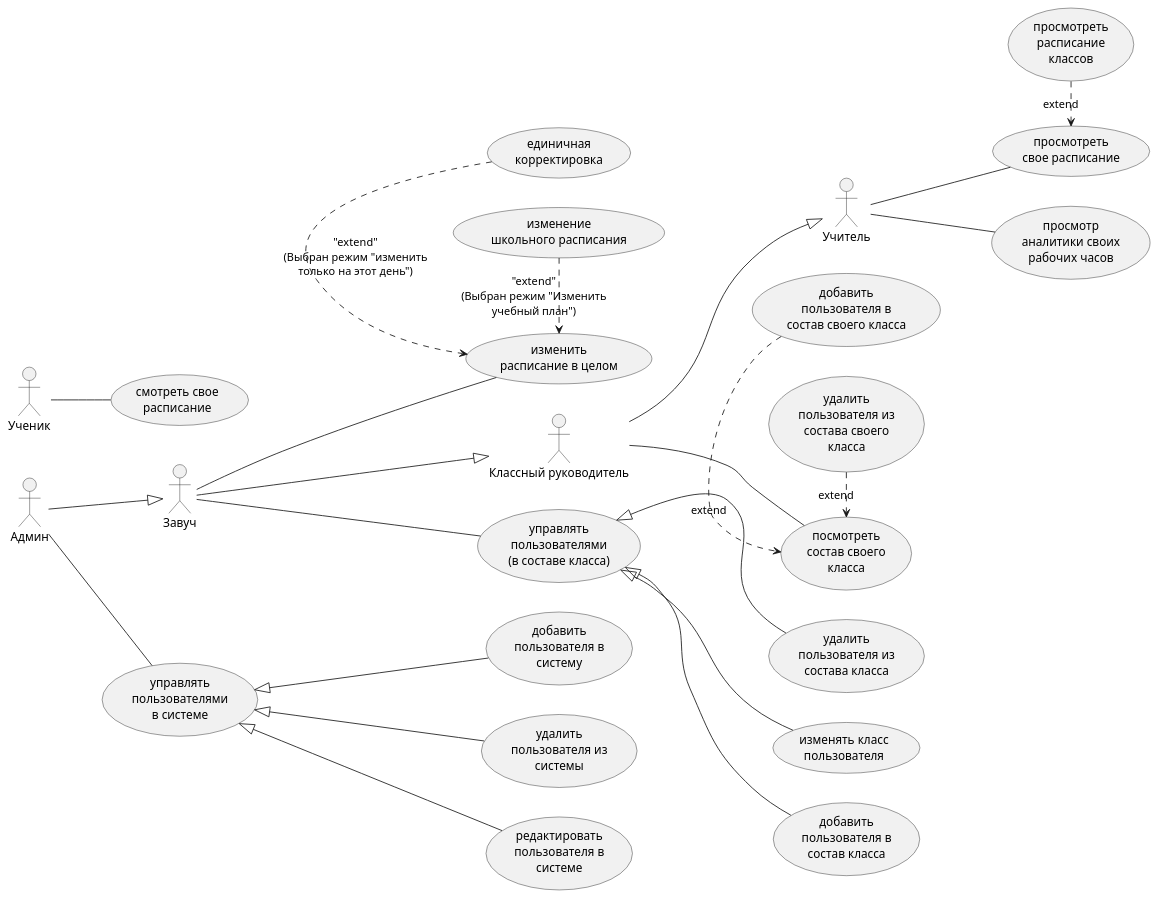
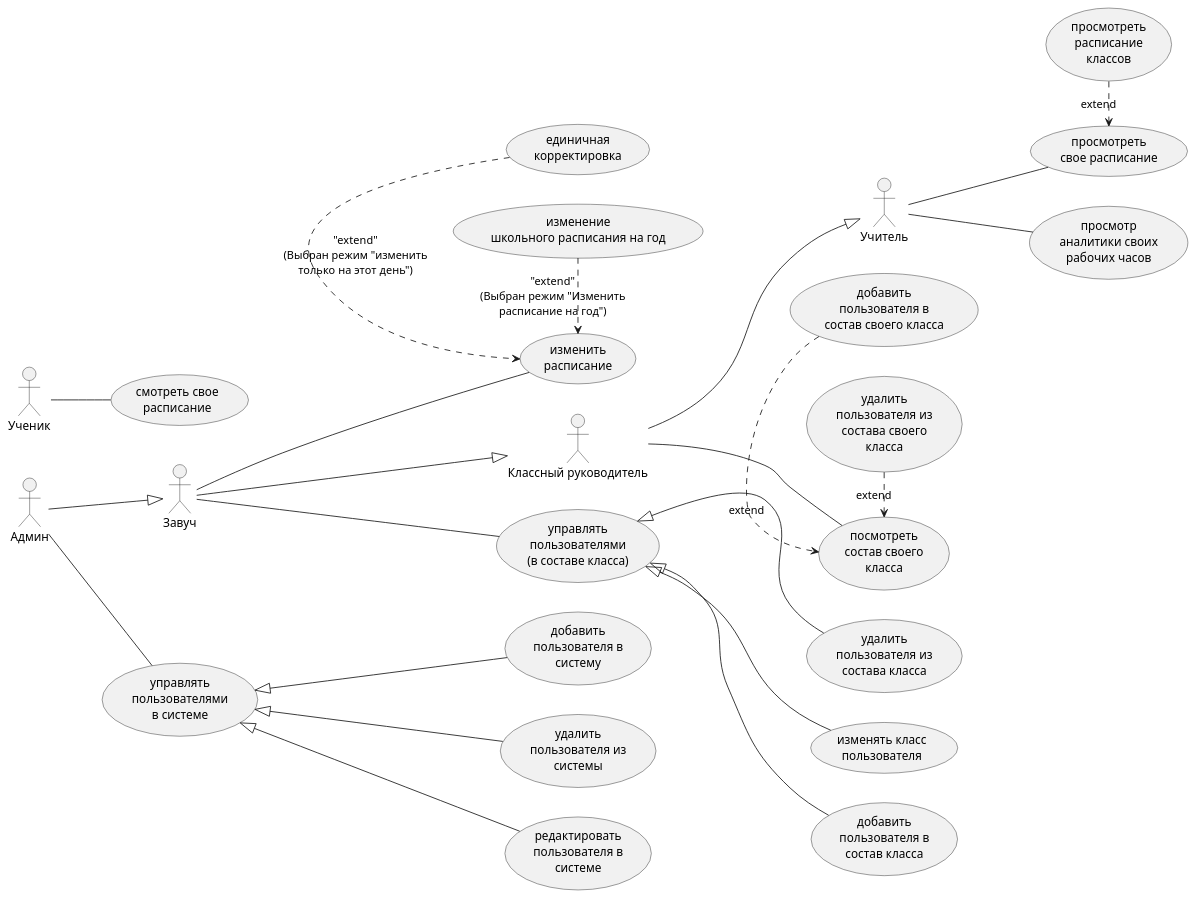
Before and after one commit to Tumbertoy/SystemOfSchoolShedule: the diagram in docs/diagrams/use_case.puml, drawn with PlantUML. The commit also changed 1 other file, not shown here.

Commit message:
docs:update use_case diagram

```diff
--- a/docs/diagrams/use_case.puml
+++ b/docs/diagrams/use_case.puml
@@ -1,77 +1,77 @@
 @startuml
 ' Настройка стиля, чтобы диаграмма располагалась слева направо
 left to right direction
 
 ' Объявление актеров (Actors)
 actor "Админ" as admin
 actor "Завуч" as zavuch
 actor "Классный руководитель" as klass_ruk
 actor "Учитель" as teacher
 actor "Ученик" as student
 
 ' Иерархия актеров (Стрелки наследования)
 admin --|> zavuch
 zavuch --|> klass_ruk
 klass_ruk --|> teacher
 
 ' Права для Админа
 usecase "управлять\nпользователями\nв системе" as uc_manage_users
 usecase "добавить\nпользователя в\nсистему" as uc_add_user
 usecase "удалить\nпользователя из\nсистемы" as uc_del_user
 usecase "редактировать\nпользователя в\nсистеме" as uc_edit_user
 
 ' Права для Завуча
-usecase "изменить\nрасписание в целом" as uc_change_schedule
+usecase "изменить\nрасписание" as uc_change_schedule
 usecase "единичная\nкорректировка" as uc_single_corr
-usecase "изменение\nшкольного расписания" as uc_curriculum_change
+usecase "изменение\nшкольного расписания на год" as uc_curriculum_change
 
 usecase "управлять\nпользователями\n(в составе класса)" as uc_manage_class_users
 usecase "добавить\nпользователя в\nсостав класса" as uc_add_to_class
 usecase "удалить\nпользователя из\nсостава класса" as uc_del_from_class
 usecase "изменять класс\nпользователя" as uc_change_user_class
 
 ' Права для Классного руководителя
 usecase "посмотреть\nсостав своего\nкласса" as uc_view_own_class
 usecase "добавить\nпользователя в\nсостав своего класса" as uc_add_to_own_class
 usecase "удалить\nпользователя из\nсостава своего\nкласса" as uc_del_from_own_class
 
 ' Права для Учителя
 usecase "просмотреть\nсвое расписание" as uc_view_schedule
 usecase "просмотреть\nрасписание\nклассов" as uc_view_class_schedule
 usecase "просмотр\nаналитики своих\nрабочих часов" as uc_view_analytics
 
 ' Права для Ученика
 usecase "смотреть свое\nрасписание" as uc_student_schedule
 
 ' --- СВЯЗИ И СТРЕЛКИ ---
 
 ' Связи Админа
 admin -- uc_manage_users
 uc_manage_users <|-- uc_add_user
 uc_manage_users <|-- uc_del_user
 uc_manage_users <|-- uc_edit_user
 
 ' Связи Завуча
 zavuch -- uc_change_schedule
 uc_single_corr .> uc_change_schedule : "extend"\n(Выбран режим "изменить\nтолько на этот день")
-uc_curriculum_change .> uc_change_schedule : "extend"\n(Выбран режим "Изменить\nучебный план")
+uc_curriculum_change .> uc_change_schedule : "extend"\n(Выбран режим "Изменить\nрасписание на год")
 
 zavuch -- uc_manage_class_users
 uc_manage_class_users <|-- uc_add_to_class
 uc_manage_class_users <|-- uc_del_from_class
 uc_manage_class_users <|-- uc_change_user_class
 
 ' Связи Классного руководителя
 klass_ruk -- uc_view_own_class
 uc_add_to_own_class .> uc_view_own_class : "extend"
 uc_del_from_own_class .> uc_view_own_class : "extend"
 
 ' Связи Учителя
 teacher -- uc_view_schedule
 uc_view_class_schedule .> uc_view_schedule : "extend"
 teacher -- uc_view_analytics
 
 ' Связи Ученика
 student -- uc_student_schedule
 
 @enduml
```
